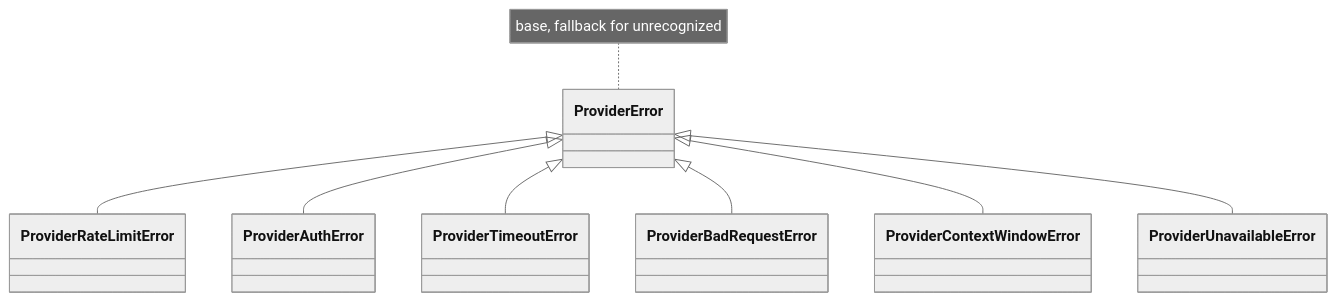
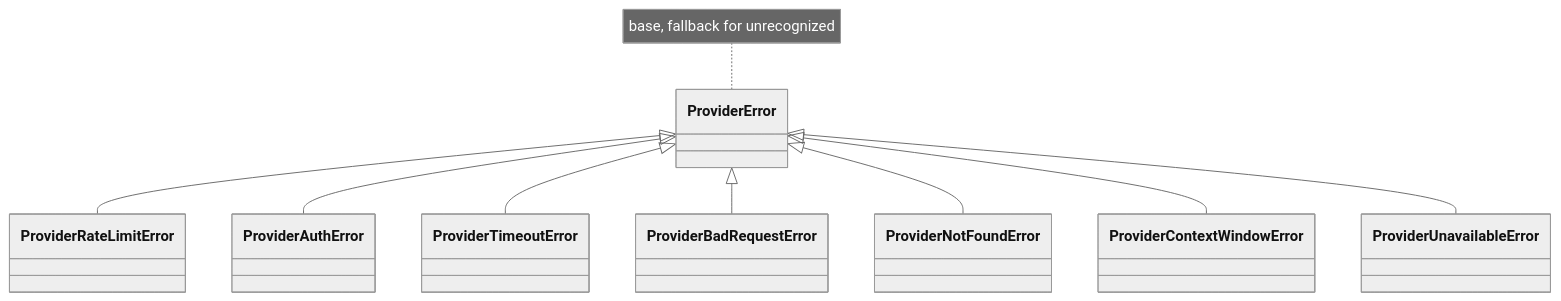
One commit to humane-intelligence/hi-oss-ai-red-teaming changed the first of 2 diagrams in backend/docs/knowledge-base/components/ai-gateway-error-taxonomy.md. Above: the diagram before and after it, drawn with Mermaid (neutral theme). The commit also changed other lines of this file and 29 other files, not shown here.

````diff
--- a/backend/docs/knowledge-base/components/ai-gateway-error-taxonomy.md
+++ b/backend/docs/knowledge-base/components/ai-gateway-error-taxonomy.md
@@ -18,10 +18,11 @@
 ```mermaid
 classDiagram
     ProviderError <|-- ProviderRateLimitError
     ProviderError <|-- ProviderAuthError
     ProviderError <|-- ProviderTimeoutError
     ProviderError <|-- ProviderBadRequestError
+    ProviderError <|-- ProviderNotFoundError
     ProviderError <|-- ProviderContextWindowError
     ProviderError <|-- ProviderUnavailableError
     note for ProviderError "base, fallback for unrecognized"
 ```
````
